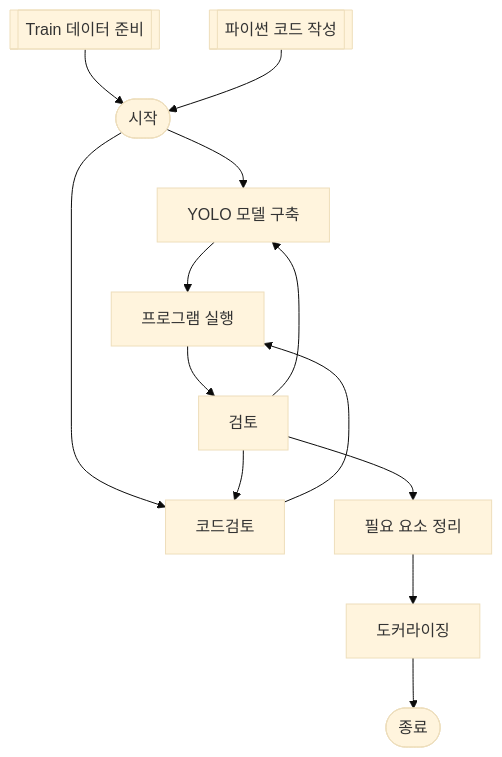
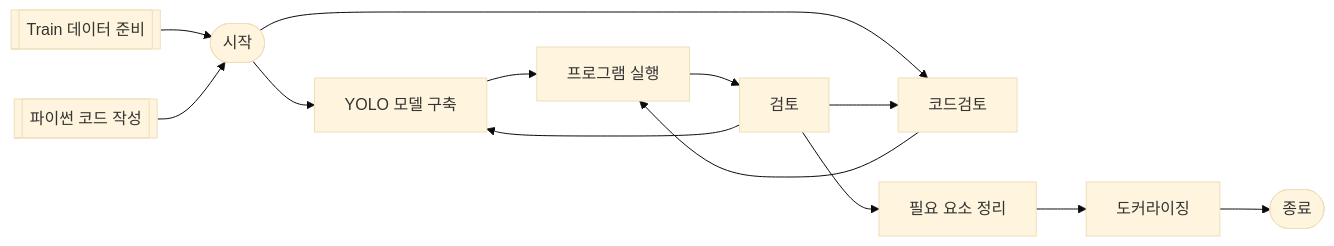
The diagram in README.md (gamdumdum/my-project), drawn with Mermaid (base theme) before and after one commit.

````diff
--- a/README.md
+++ b/README.md
@@ -1,24 +1,24 @@
 ```mermaid
-flowchart TD
+flowchart LR
     시작([시작])
     데이터준비 --> 시작
     코드작성 --> 시작
 
     시작 --> Yolo[YOLO 모델 구축]
     시작 --> 코드검토[코드검토]
 
     Yolo --> 실행[프로그램 실행]
     코드검토 --> 실행
 
     실행 --> 검토[검토]
     검토 --> Yolo
     검토 --> 코드검토
 
     검토 --> 정리[필요 요소 정리]
     정리 --> 도커[도커라이징]
     도커 --> 종료([종료])
 
     %% 설명용 보조 노드
     데이터준비[[Train 데이터 준비]]
     코드작성[[파이썬 코드 작성]]
 ```
````
